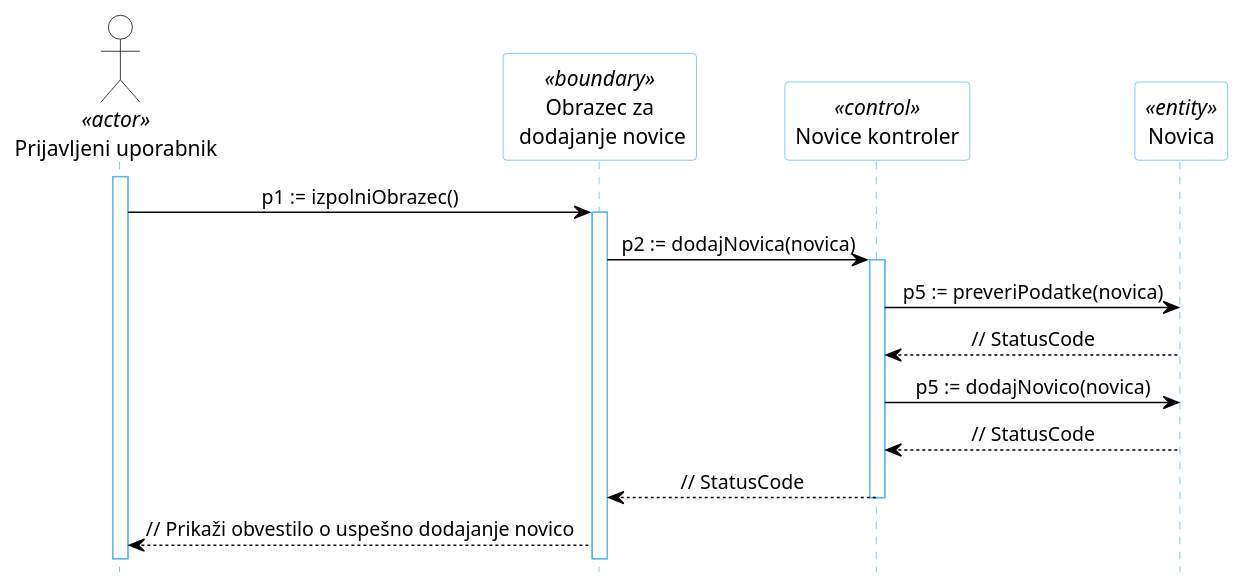
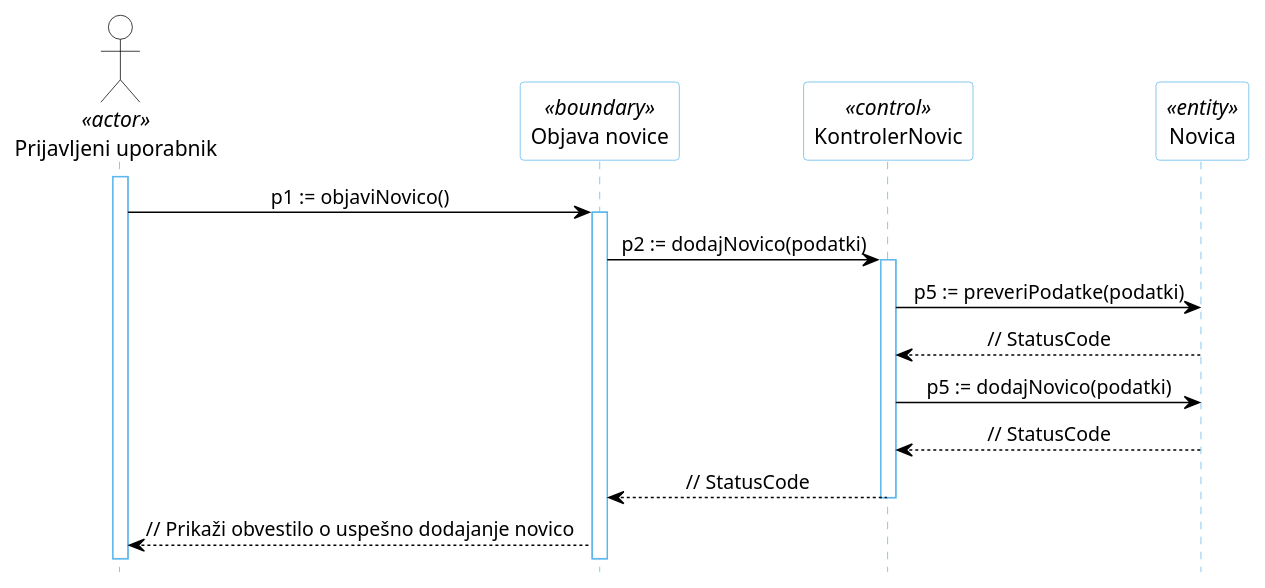
Before and after one commit to kupinah/test-tpo: the diagram in docs/gradivo/plantuml/DZ/dodajanje-novica-osnovni.puml, drawn with PlantUML. The commit also changed other lines of this file and 10 other files, not shown here.

```diff
--- a/docs/gradivo/plantuml/DZ/dodajanje-novica-osnovni.puml
+++ b/docs/gradivo/plantuml/DZ/dodajanje-novica-osnovni.puml
@@ -1,31 +1,31 @@
 @startuml
 hide footbox
 
 skinparam backgroundcolor transparent
 skinparam defaultTextAlignment center
 skinparam actorBorderColor black
 skinparam actorBackgroundColor white
 skinparam arrowColor black
 skinparam sequenceLifeLineBorderColor #5FB8EC
 skinparam sequenceParticipantBorderColor #5FB8EC
 skinparam sequenceParticipantBackgroundColor white
 
 actor "Prijavljeni uporabnik" AS U1 <<actor>>
 
-participant "Obrazec za\n dodajanje novice" as R5 <<boundary>>
-participant "Novice kontroler" as R2 <<control>>
+participant "Objava novice" as R5 <<boundary>>
+participant "KontrolerNovic" as R2 <<control>>
 participant "Novica" as R4 <<entity>>
 
 activate U1
-U1 -> R5: p1 := izpolniObrazec()
+U1 -> R5: p1 := objaviNovico()
 activate R5
-R5 -> R2: p2 := dodajNovica(novica)
+R5 -> R2: p2 := dodajNovico(podatki)
 activate R2
-R2 -> R4: p5 := preveriPodatke(novica)
+R2 -> R4: p5 := preveriPodatke(podatki)
 R4 --> R2: // StatusCode
-R2 -> R4: p5 := dodajNovico(novica)
+R2 -> R4: p5 := dodajNovico(podatki)
 R4 --> R2: // StatusCode
 R2 --> R5: // StatusCode
 deactivate R2
 R5 --> U1: // Prikaži obvestilo o uspešno dodajanje novico
 @enduml
```
